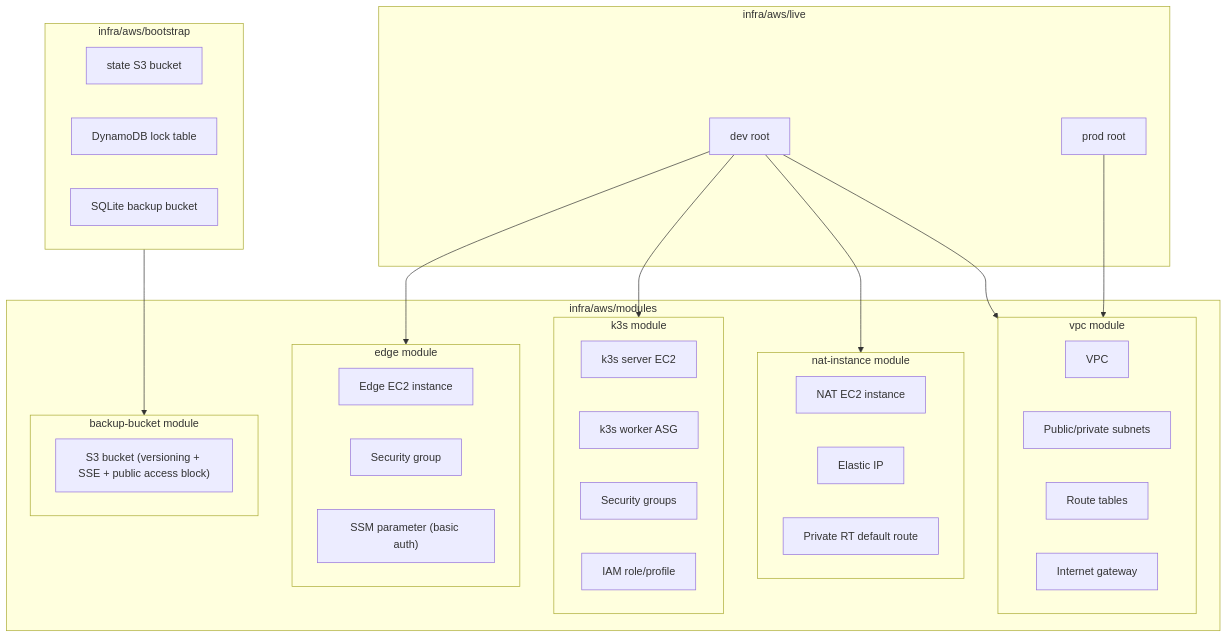
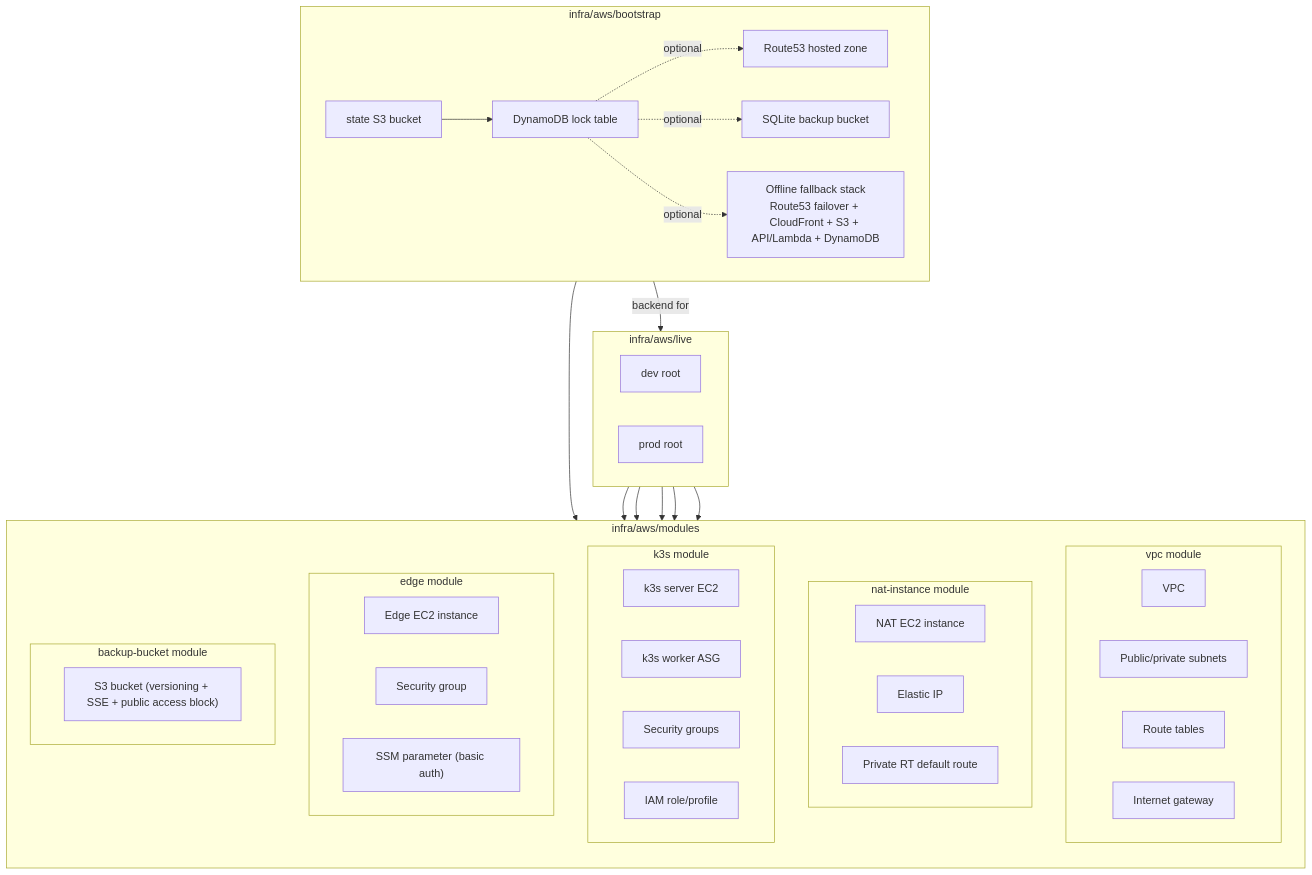
Before and after one commit to ClementV78/CloudRadar: the first of 5 diagrams in docs/architecture/infrastructure.md, drawn with Mermaid. The commit also changed other lines of this file and 20 other files, not shown here.

First line of the commit message:
feat(edge): add offline fallback landing path and contact flow

````diff
--- a/docs/architecture/infrastructure.md
+++ b/docs/architecture/infrastructure.md
@@ -12,52 +12,59 @@
 ```mermaid
 flowchart TB
   subgraph Bootstrap["infra/aws/bootstrap"]
+    direction LR
     backend["state S3 bucket"]
     lock["DynamoDB lock table"]
-    backups["SQLite backup bucket"]
+    backend --> lock
+    lock -. optional .-> dns_zone["Route53 hosted zone"]
+    lock -. optional .-> backups["SQLite backup bucket"]
+    lock -. optional .-> offline_stack["Offline fallback stack<br/>Route53 failover + CloudFront + S3 + API/Lambda + DynamoDB"]
   end
 
   subgraph Live["infra/aws/live"]
+    direction LR
     dev["dev root"]
     prod["prod root"]
   end
 
   subgraph Modules["infra/aws/modules"]
+    direction TB
     subgraph vpc["vpc module"]
       vpc_res["VPC"]
       subnets["Public/private subnets"]
       rts["Route tables"]
       igw["Internet gateway"]
     end
 
     subgraph nat["nat-instance module"]
       nat_ec2["NAT EC2 instance"]
       nat_eip["Elastic IP"]
       nat_route["Private RT default route"]
     end
 
     subgraph k3s["k3s module"]
       k3s_server["k3s server EC2"]
       k3s_workers["k3s worker ASG"]
       k3s_sg["Security groups"]
       k3s_iam["IAM role/profile"]
     end
 
     subgraph edge["edge module"]
       edge_ec2["Edge EC2 instance"]
       edge_sg["Security group"]
       edge_ssm["SSM parameter (basic auth)"]
     end
 
     subgraph backup["backup-bucket module"]
       backup_bucket["S3 bucket (versioning + SSE + public access block)"]
     end
   end
 
+  Bootstrap -->|backend for| Live
   dev --> vpc
   dev --> nat
   dev --> k3s
   dev --> edge
   prod --> vpc
   Bootstrap --> backup
 ```
````
